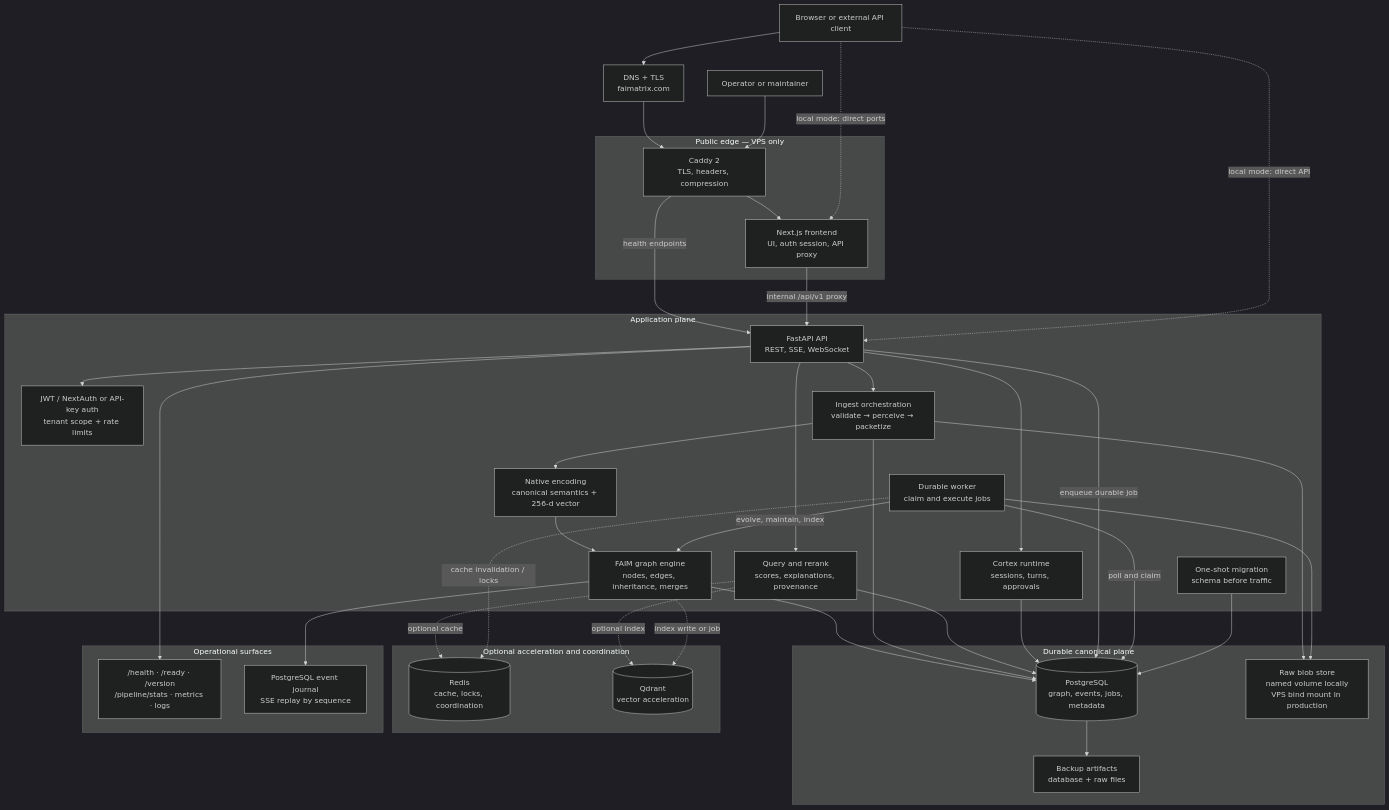
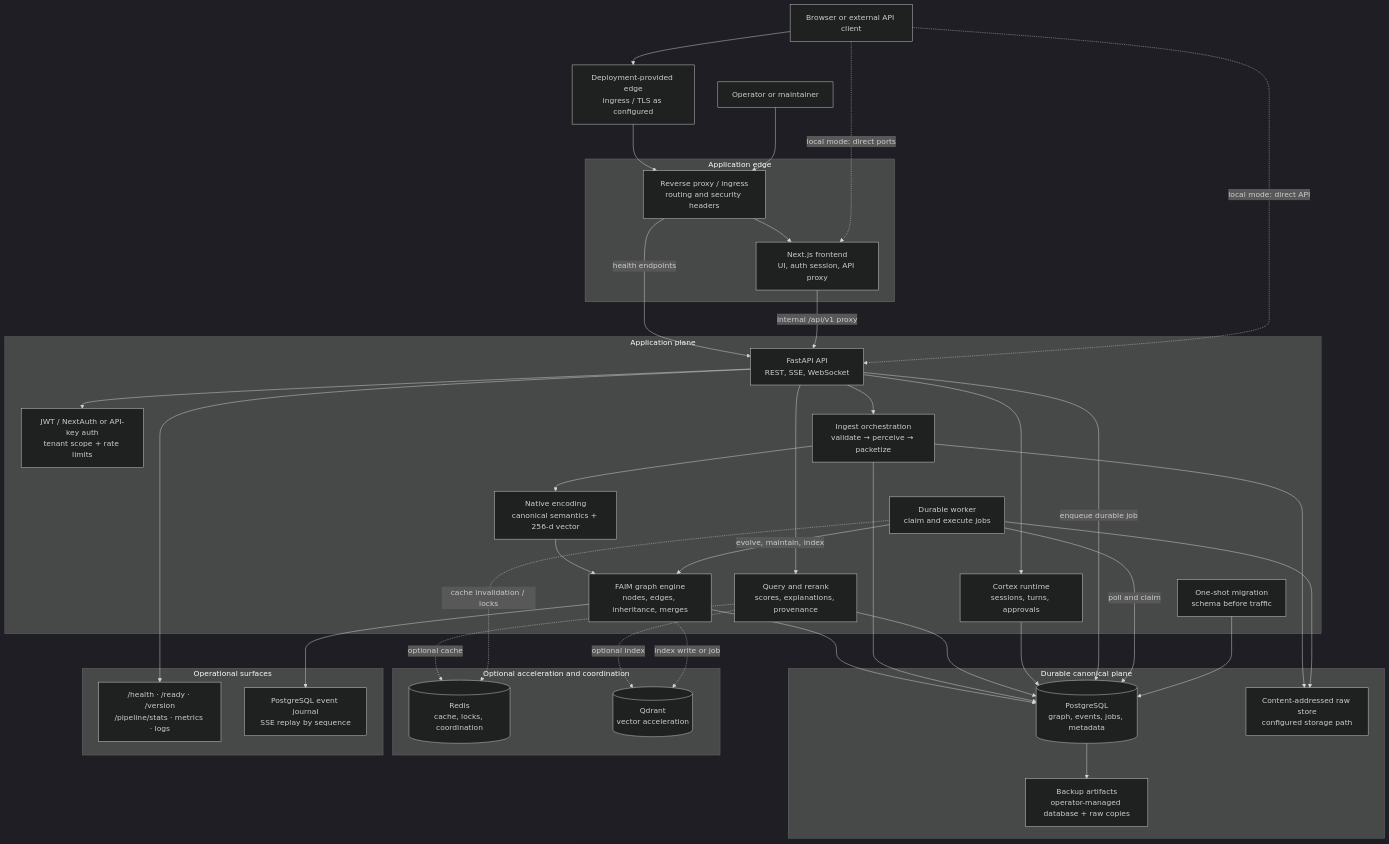
Before and after one commit to sainibhaowal/FAIMatrix: the first of 5 diagrams in README.md, drawn with Mermaid (dark theme). The commit also changed other lines of this file and 1 other file, not shown here.

Commit message:
docs: make public architecture deployment-neutral

````diff
--- a/README.md
+++ b/README.md
@@ -42,70 +42,70 @@
 ```mermaid
 flowchart TB
     CLIENT["Browser or external API client"]
     OPERATOR["Operator or maintainer"]
-    DNS["DNS + TLS<br/>faimatrix.com"]
+    EDGE["Deployment-provided edge<br/>ingress / TLS as configured"]
 
-    subgraph EDGE["Public edge — VPS only"]
-        CADDY["Caddy 2<br/>TLS, headers, compression"]
+    subgraph PUBLIC["Application edge"]
+        PROXY["Reverse proxy / ingress<br/>routing and security headers"]
         FRONTEND["Next.js frontend<br/>UI, auth session, API proxy"]
     end
 
     subgraph APP["Application plane"]
         API["FastAPI API<br/>REST, SSE, WebSocket"]
         AUTH["JWT / NextAuth or API-key auth<br/>tenant scope + rate limits"]
         INGEST["Ingest orchestration<br/>validate → perceive → packetize"]
         ENCODE["Native encoding<br/>canonical semantics + 256-d vector"]
         GRAPH["FAIM graph engine<br/>nodes, edges, inheritance, merges"]
         QUERY["Query and rerank<br/>scores, explanations, provenance"]
         CORTEX["Cortex runtime<br/>sessions, turns, approvals"]
         WORKER["Durable worker<br/>claim and execute jobs"]
         MIGRATE["One-shot migration<br/>schema before traffic"]
     end
 
     subgraph TRUTH["Durable canonical plane"]
         POSTGRES[("PostgreSQL<br/>graph, events, jobs, metadata")]
-        RAW["Raw blob store<br/>named volume locally<br/>VPS bind mount in production"]
-        BACKUPS["Backup artifacts<br/>database + raw files"]
+        RAW["Content-addressed raw store<br/>configured storage path"]
+        BACKUPS["Backup artifacts<br/>operator-managed database + raw copies"]
     end
 
     subgraph ACCEL["Optional acceleration and coordination"]
         REDIS[("Redis<br/>cache, locks, coordination")]
         QDRANT[("Qdrant<br/>vector acceleration")]
     end
 
     subgraph OPS["Operational surfaces"]
         HEALTH["/health · /ready · /version<br/>/pipeline/stats · metrics · logs"]
         SSE["PostgreSQL event journal<br/>SSE replay by sequence"]
     end
 
-    CLIENT --> DNS --> CADDY
-    OPERATOR --> CADDY
-    CADDY --> FRONTEND
-    CADDY -->|health endpoints| API
+    CLIENT --> EDGE --> PROXY
+    OPERATOR --> PROXY
+    PROXY --> FRONTEND
+    PROXY -->|health endpoints| API
     FRONTEND -->|internal /api/v1 proxy| API
     CLIENT -. local mode: direct ports .-> FRONTEND
     CLIENT -. local mode: direct API .-> API
 
     API --> AUTH
     API --> INGEST
     API --> QUERY
     API --> CORTEX
     API --> HEALTH
     INGEST --> RAW
     INGEST --> ENCODE --> GRAPH
     GRAPH --> POSTGRES
     INGEST --> POSTGRES
     QUERY --> POSTGRES
     QUERY -. optional cache .-> REDIS
     QUERY -. optional index .-> QDRANT
     GRAPH -. index write or job .-> QDRANT
     GRAPH --> SSE
     CORTEX --> POSTGRES
     API -->|enqueue durable job| POSTGRES
     WORKER -->|poll and claim| POSTGRES
     WORKER -->|evolve, maintain, index| GRAPH
     WORKER --> RAW
     WORKER -. cache invalidation / locks .-> REDIS
     MIGRATE --> POSTGRES
     POSTGRES --> BACKUPS
 ```
````
